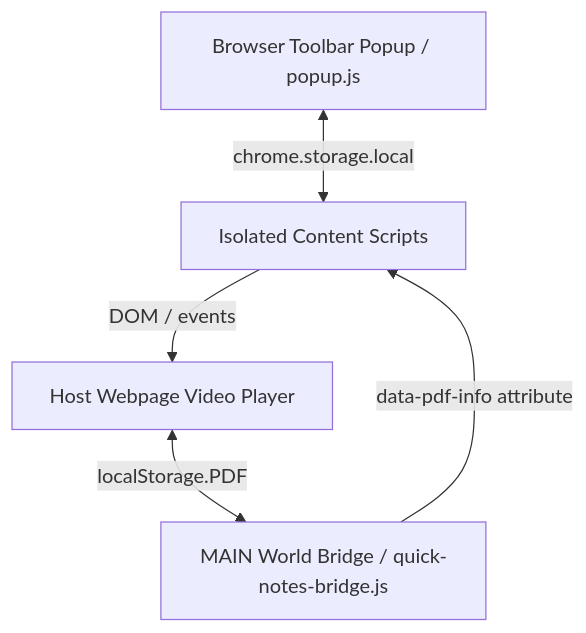
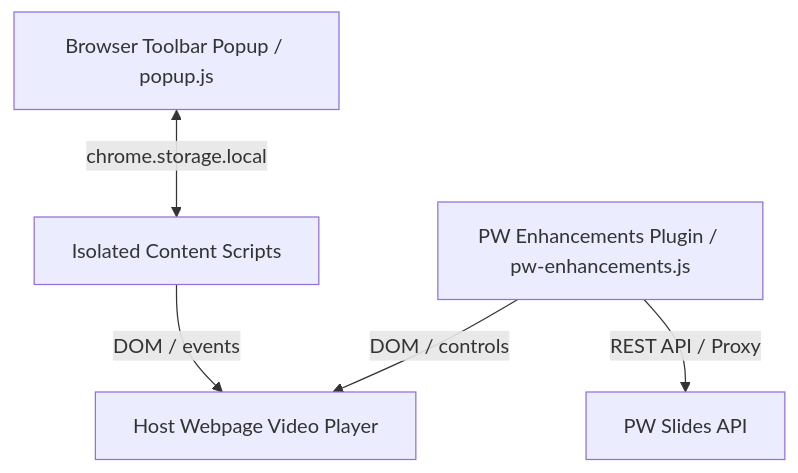
Before and after one commit to Fire162/PW-extension: the diagram in CONTRIBUTING.md, drawn with Mermaid. The commit also changed other lines of this file and 10 other files, not shown here.

First line of the commit message:
feat: re-integrate automation macros, slides drawer, topic title, and notes deprecation

````diff
--- a/CONTRIBUTING.md
+++ b/CONTRIBUTING.md
@@ -11,7 +11,7 @@
 ```mermaid
 graph TD
     A[Browser Toolbar Popup / popup.js] <--> |chrome.storage.local| B[Isolated Content Scripts]
     B --> |DOM / events| C[Host Webpage Video Player]
-    D[MAIN World Bridge / quick-notes-bridge.js] --> |data-pdf-info attribute| B
-    C <--> |localStorage.PDF| D
+    E[PW Enhancements Plugin / pw-enhancements.js] --> |REST API / Proxy| F[PW Slides API]
+    E --> |DOM / controls| C
 ```
````
